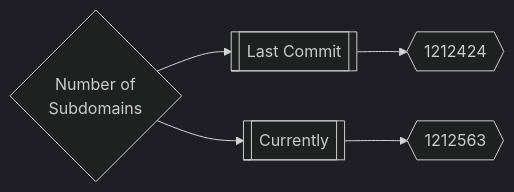
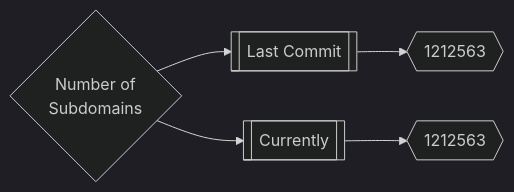
The first of 3 diagrams in README.md (trickest/inventory), drawn with Mermaid (dark theme) before and after one commit.

Commit message:
Update Sun Apr  3 16:07:49 UTC 2022

````diff
--- a/README.md
+++ b/README.md
@@ -165,5 +165,5 @@
 ```mermaid
 graph LR
-title{Number of<br>Subdomains} --> subdomainsDate1[[Last Commit]] --> subdomainsNum1{{1212424}}
+title{Number of<br>Subdomains} --> subdomainsDate1[[Last Commit]] --> subdomainsNum1{{1212563}}
 title --> subdomainsDate2[[Currently]] --> subdomainsNum2{{1212563}}
 ```
````
